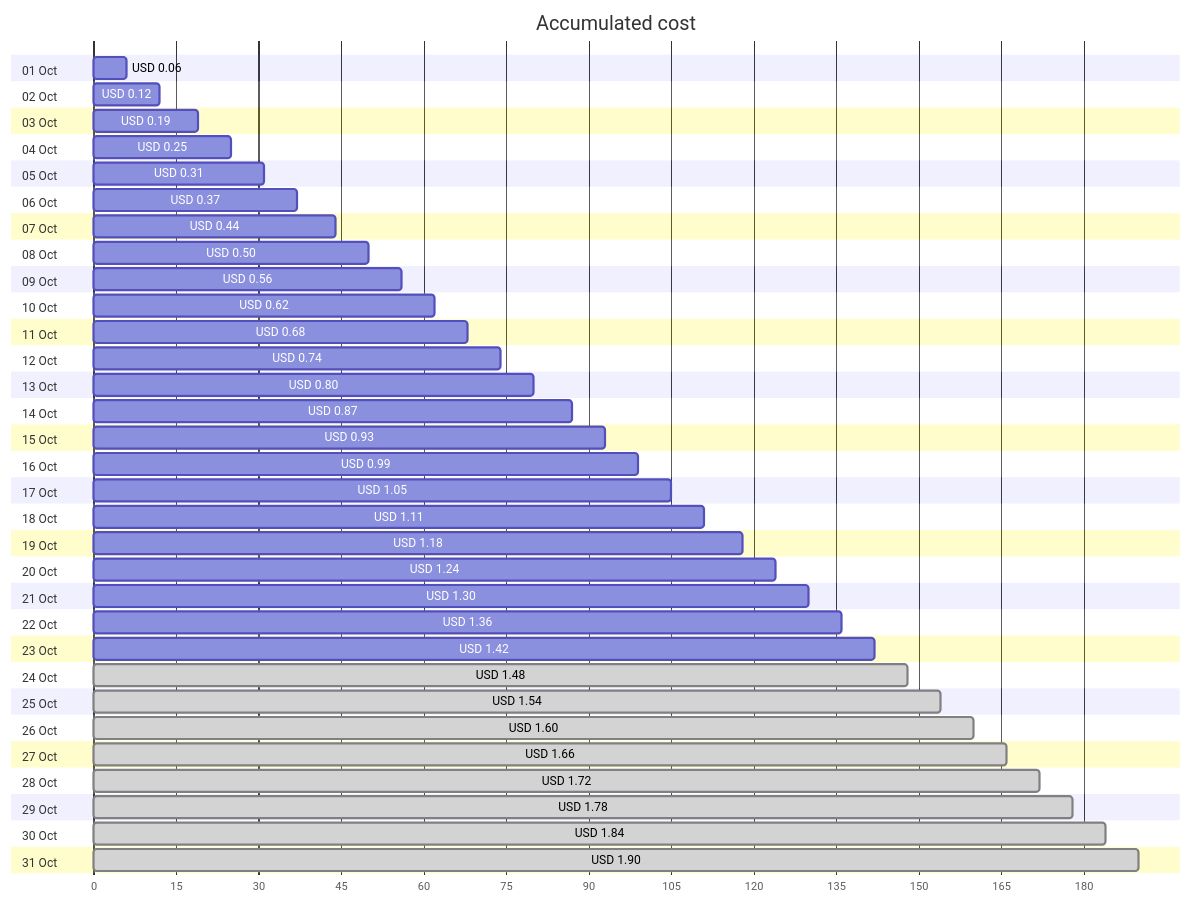
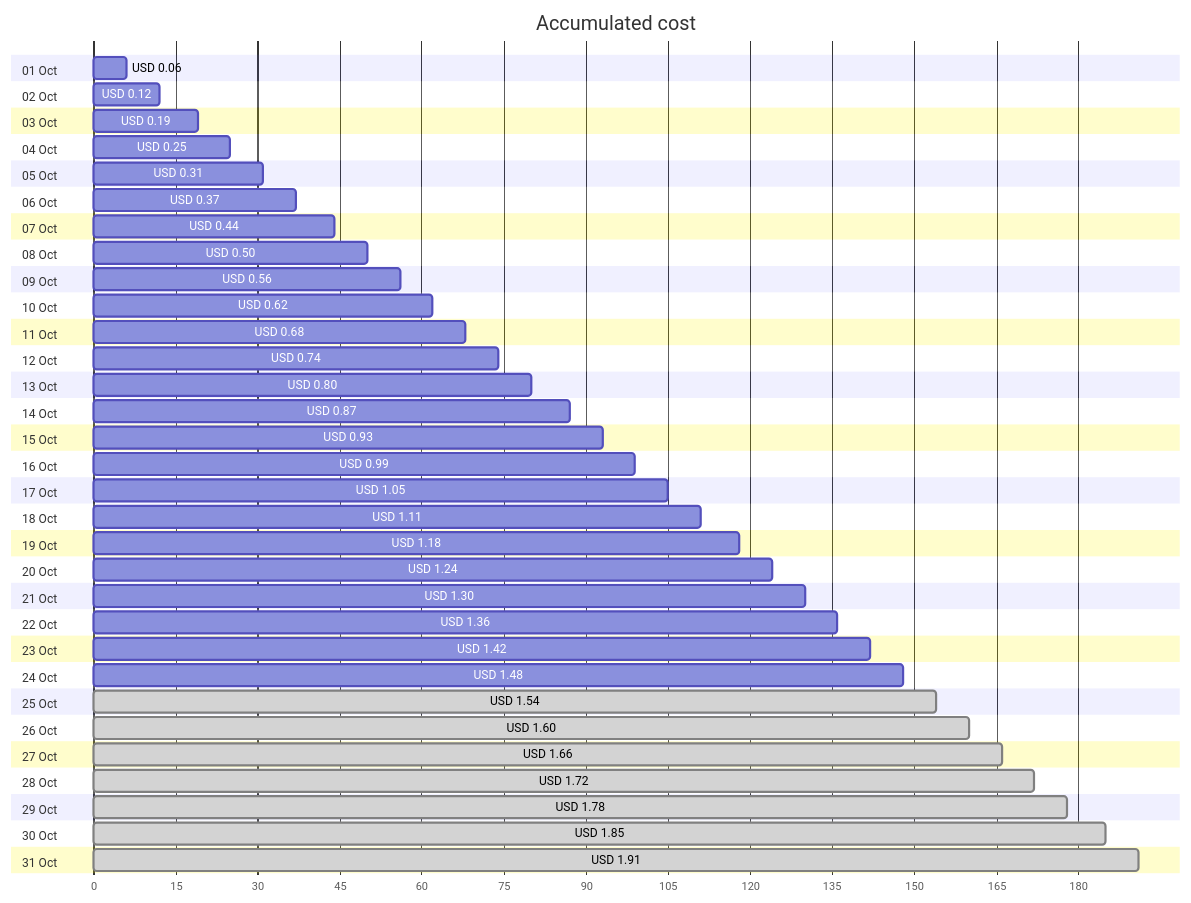
Before and after one commit to jpfulton/azure-personal-reports: the first of 4 diagrams in cost-reports/personal-network/vpn-server_OsDisk.md, drawn with Mermaid. The commit also changed other lines of this file and 7 other files, not shown here.

````diff
--- a/cost-reports/personal-network/vpn-server_OsDisk.md
+++ b/cost-reports/personal-network/vpn-server_OsDisk.md
@@ -20,68 +20,68 @@
 ```mermaid
 gantt
    title Accumulated cost
    dateFormat  X
    axisFormat %s
    section 01 Oct
    USD 0.06 :0, 6
    section 02 Oct
    USD 0.12 :0, 12
    section 03 Oct
    USD 0.19 :0, 19
    section 04 Oct
    USD 0.25 :0, 25
    section 05 Oct
    USD 0.31 :0, 31
    section 06 Oct
    USD 0.37 :0, 37
    section 07 Oct
    USD 0.44 :0, 44
    section 08 Oct
    USD 0.50 :0, 50
    section 09 Oct
    USD 0.56 :0, 56
    section 10 Oct
    USD 0.62 :0, 62
    section 11 Oct
    USD 0.68 :0, 68
    section 12 Oct
    USD 0.74 :0, 74
    section 13 Oct
    USD 0.80 :0, 80
    section 14 Oct
    USD 0.87 :0, 87
    section 15 Oct
    USD 0.93 :0, 93
    section 16 Oct
    USD 0.99 :0, 99
    section 17 Oct
    USD 1.05 :0, 105
    section 18 Oct
    USD 1.11 :0, 111
    section 19 Oct
    USD 1.18 :0, 118
    section 20 Oct
    USD 1.24 :0, 124
    section 21 Oct
    USD 1.30 :0, 130
    section 22 Oct
    USD 1.36 :0, 136
    section 23 Oct
    USD 1.42 :0, 142
    section 24 Oct
-   USD 1.48 : done, 0, 148
+   USD 1.48 :0, 148
    section 25 Oct
    USD 1.54 : done, 0, 154
    section 26 Oct
    USD 1.60 : done, 0, 160
    section 27 Oct
    USD 1.66 : done, 0, 166
    section 28 Oct
    USD 1.72 : done, 0, 172
    section 29 Oct
    USD 1.78 : done, 0, 178
    section 30 Oct
-   USD 1.84 : done, 0, 184
+   USD 1.85 : done, 0, 185
    section 31 Oct
-   USD 1.90 : done, 0, 190
+   USD 1.91 : done, 0, 191
 ```
````
